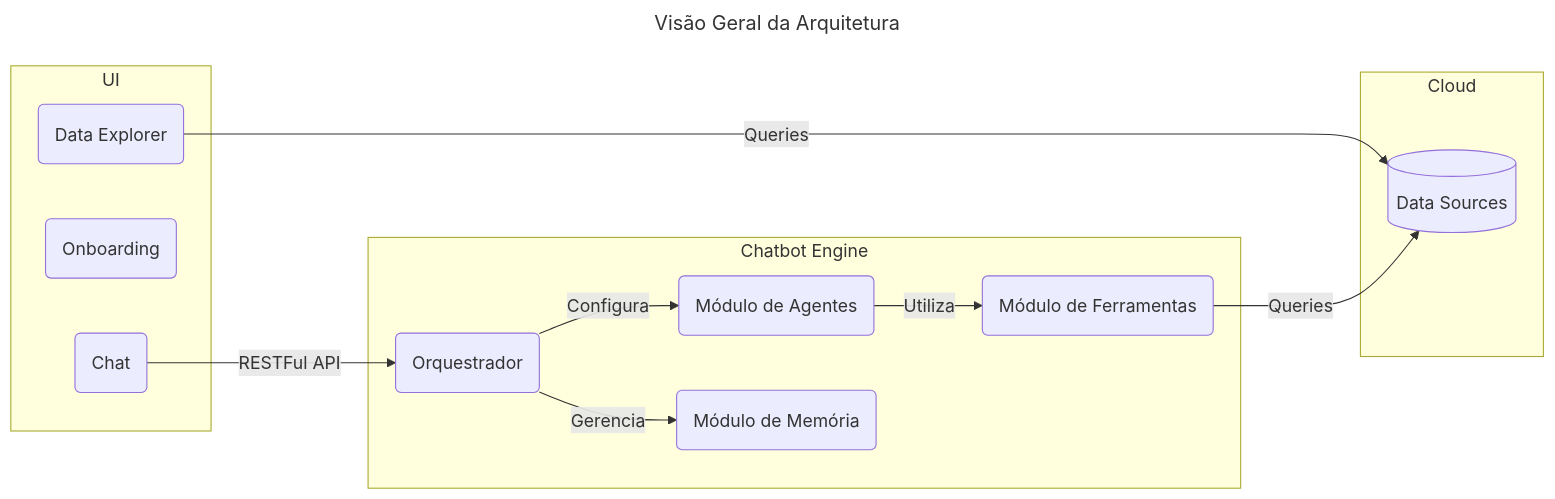
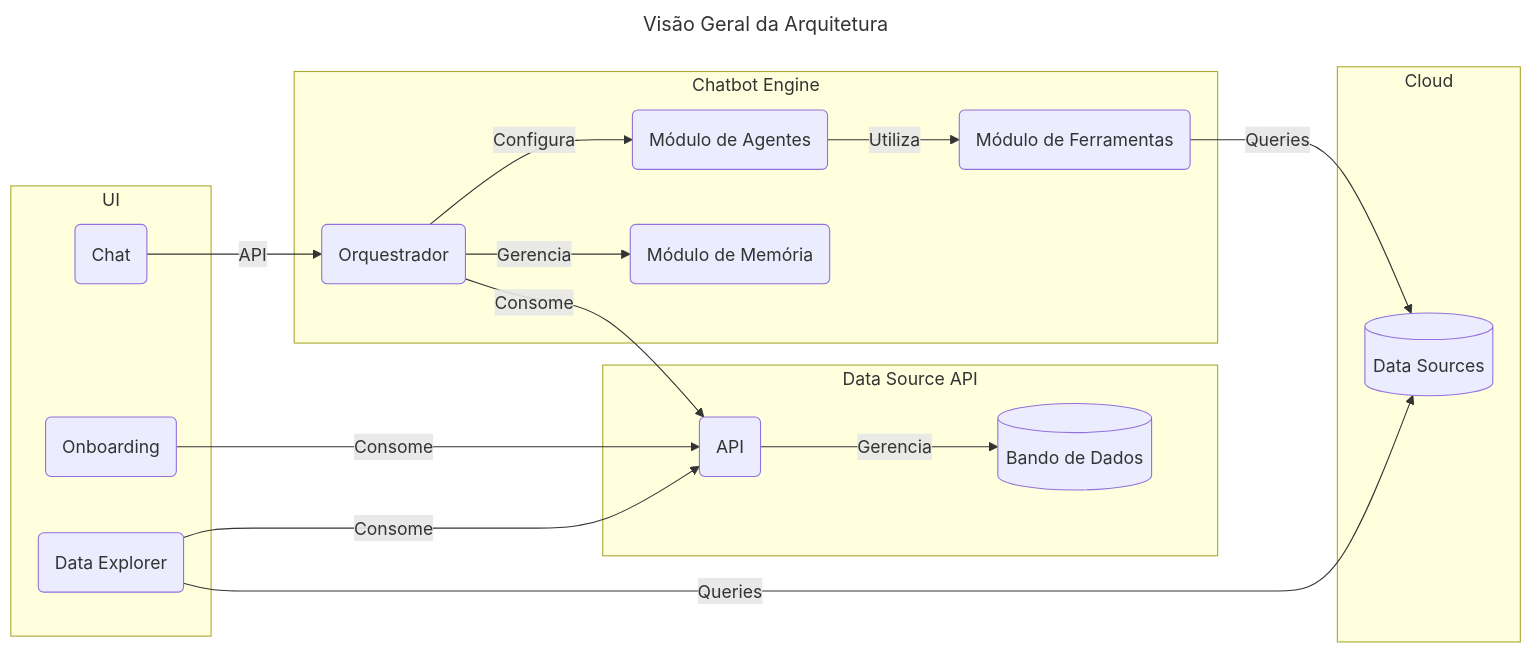
The diagram in README.md (moesio-f/data-analysis-chatbot), drawn with Mermaid before and after one commit. The commit also changed other lines of this file and 10 other files, not shown here.

````diff
--- a/README.md
+++ b/README.md
@@ -13,26 +13,32 @@
 ```mermaid
 ---
 title: Visão Geral da Arquitetura
 ---
 flowchart LR
     subgraph "Cloud"
       db[("Data Sources")]
     end
 
     subgraph UI
       chat(Chat) 
       onboarding(Onboarding)
       explorer(Data Explorer)
     end
 
     subgraph Chatbot Engine
       orchestrator(Orquestrador) -->|Configura| agent
       orchestrator --> |Gerencia| memory(Módulo de Memória)
       agent(Módulo de Agentes) -->|Utiliza| tools(Módulo de Ferramentas)
     end
 
-    chat --> |RESTFul API| orchestrator
+    subgraph Data Source API
+      ds_api(API) -->|Gerencia| ds_db[("Bando de Dados")]
+    end
 
+    onboarding --> |Consome| ds_api
+    orchestrator --> |Consome| ds_api
+    explorer --> |Consome| ds_api
+    chat --> |API| orchestrator
     explorer -->|Queries| db
     tools --> |Queries| db
 ```
````
